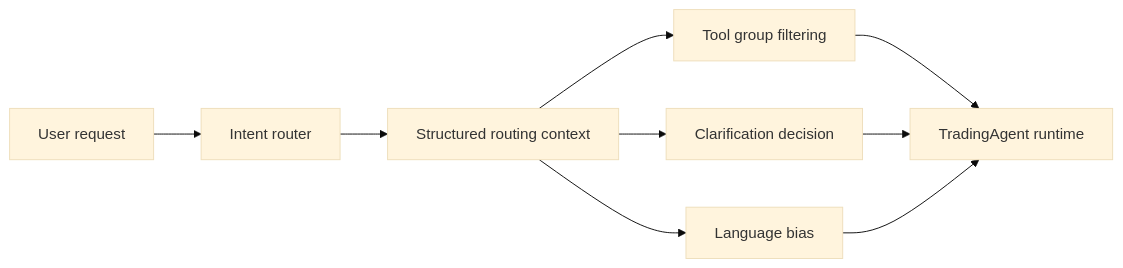
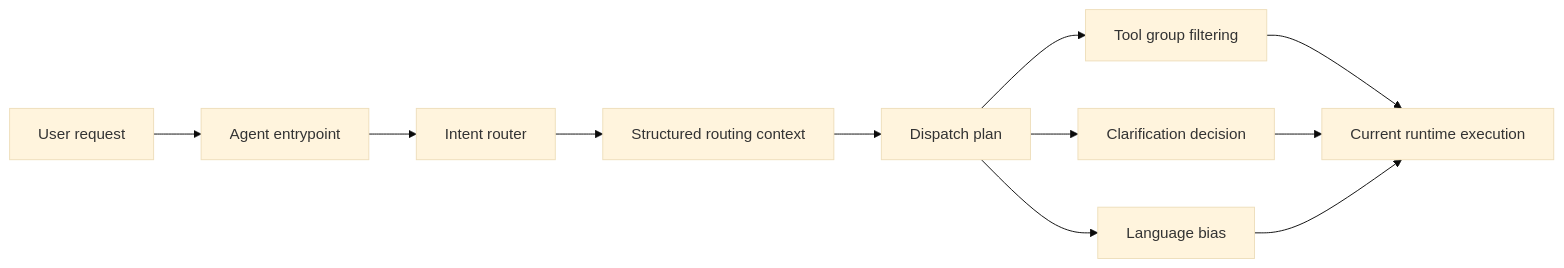
The first of 2 diagrams in agents/routing/intent-routing.mdx (FajarArrizki/docs), drawn with Mermaid (base theme) before and after one commit. The commit also changed other lines of this file and 9 other files, not shown here.

````diff
--- a/agents/routing/intent-routing.mdx
+++ b/agents/routing/intent-routing.mdx
@@ -43,11 +44,13 @@
 ```mermaid
 flowchart LR
-    A[User request] --> B[Intent router]
-    B --> C[Structured routing context]
-    C --> D[Tool group filtering]
-    C --> E[Clarification decision]
-    C --> F[Language bias]
-    D --> G[TradingAgent runtime]
-    E --> G
-    F --> G
+    A[User request] --> B[Agent entrypoint]
+    B --> C[Intent router]
+    C --> D[Structured routing context]
+    D --> E[Dispatch plan]
+    E --> F[Tool group filtering]
+    E --> G[Clarification decision]
+    E --> H[Language bias]
+    F --> I[Current runtime execution]
+    G --> I
+    H --> I
 ```
````
